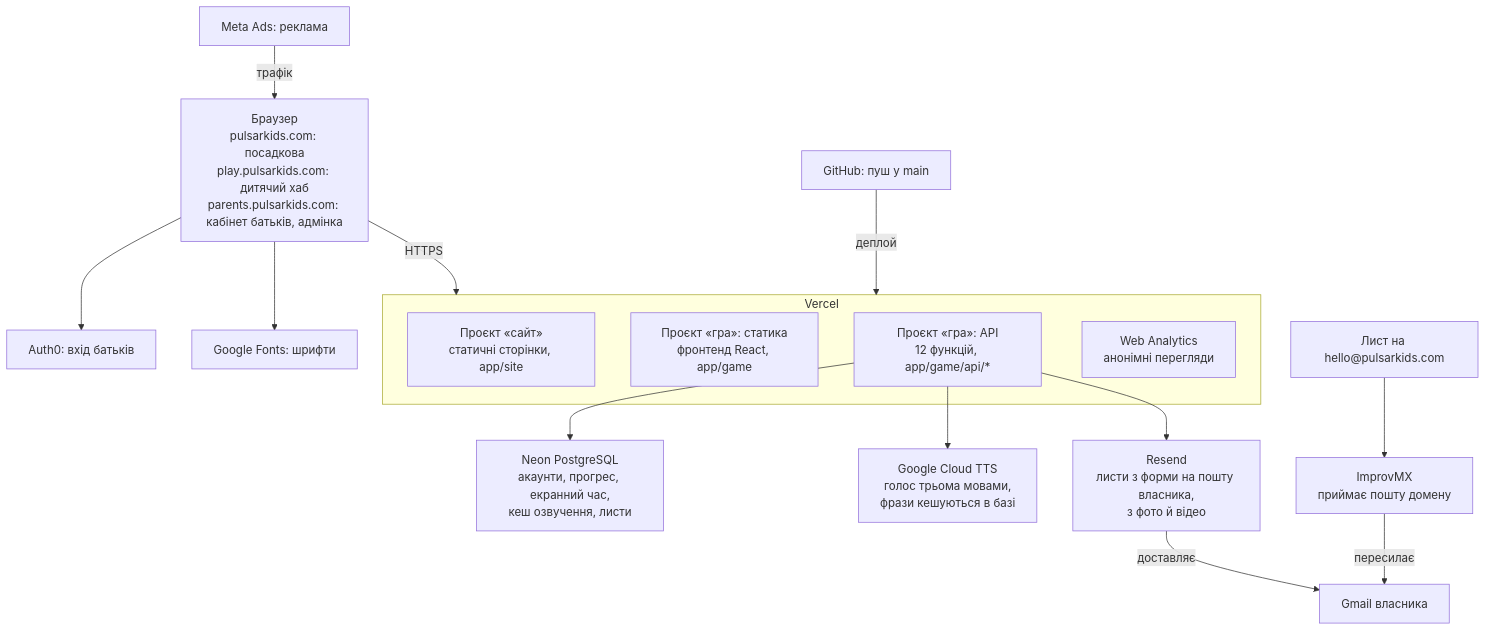
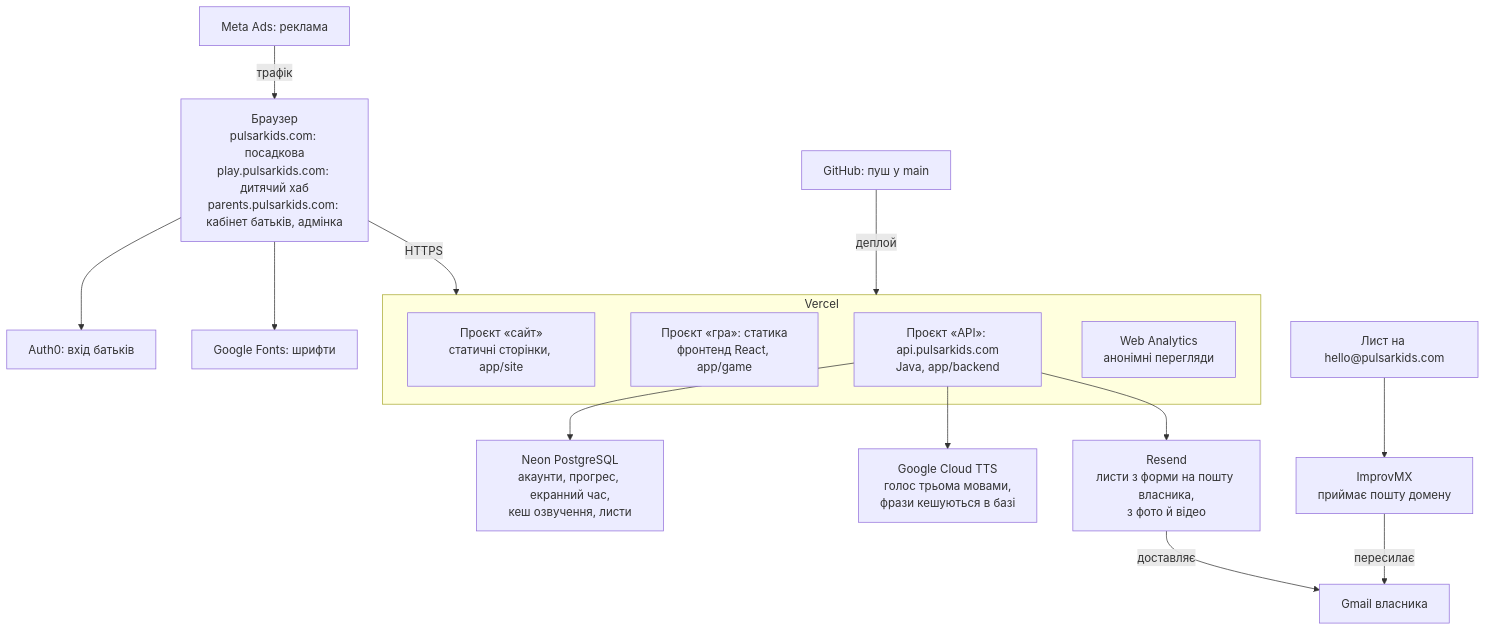
Before and after one commit to yuriiluchyshyn/wonderkids: the diagram in docs/external-services.md, drawn with Mermaid. The commit also changed other lines of this file and 164 other files, not shown here.

First line of the commit message:
feat: the API is a Java service of its own (Spring Boot), deployed apart from the game

````diff
--- a/docs/external-services.md
+++ b/docs/external-services.md
@@ -19,21 +19,21 @@
 ```mermaid
 flowchart TD
   Meta["Meta Ads: реклама"] -- трафік --> Browser
   Browser["Браузер<br/>pulsarkids.com: посадкова<br/>play.pulsarkids.com: дитячий хаб<br/>parents.pulsarkids.com: кабінет батьків, адмінка"]
   Browser --> Auth0["Auth0: вхід батьків"]
   Browser --> Fonts["Google Fonts: шрифти"]
   Browser -- HTTPS --> Vercel
   GitHub["GitHub: пуш у main"] -- деплой --> Vercel
   subgraph Vercel
     Site["Проєкт «сайт»<br/>статичні сторінки, app/site"]
     Static["Проєкт «гра»: статика<br/>фронтенд React, app/game"]
-    API["Проєкт «гра»: API<br/>12 функцій, app/game/api/*"]
+    API["Проєкт «API»: api.pulsarkids.com<br/>Java, app/backend"]
     Analytics["Web Analytics<br/>анонімні перегляди"]
   end
   API --> Neon["Neon PostgreSQL<br/>акаунти, прогрес, екранний час,<br/>кеш озвучення, листи"]
   API --> TTS["Google Cloud TTS<br/>голос трьома мовами,<br/>фрази кешуються в базі"]
   API --> Resend["Resend<br/>листи з форми на пошту власника,<br/>з фото й відео"]
   Sender["Лист на hello@pulsarkids.com"] --> ImprovMX["ImprovMX<br/>приймає пошту домену"]
   ImprovMX -- пересилає --> Gmail["Gmail власника"]
   Resend -- доставляє --> Gmail
 ```
````
